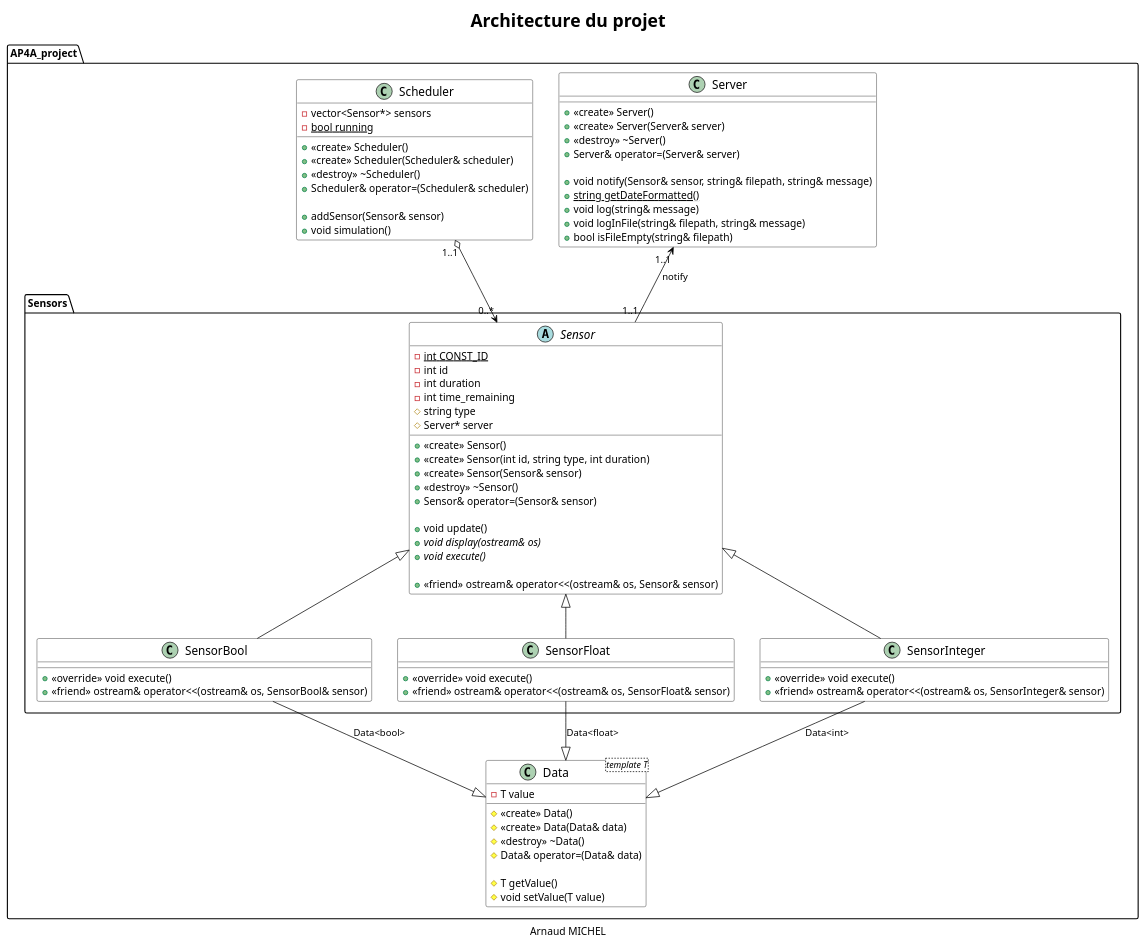
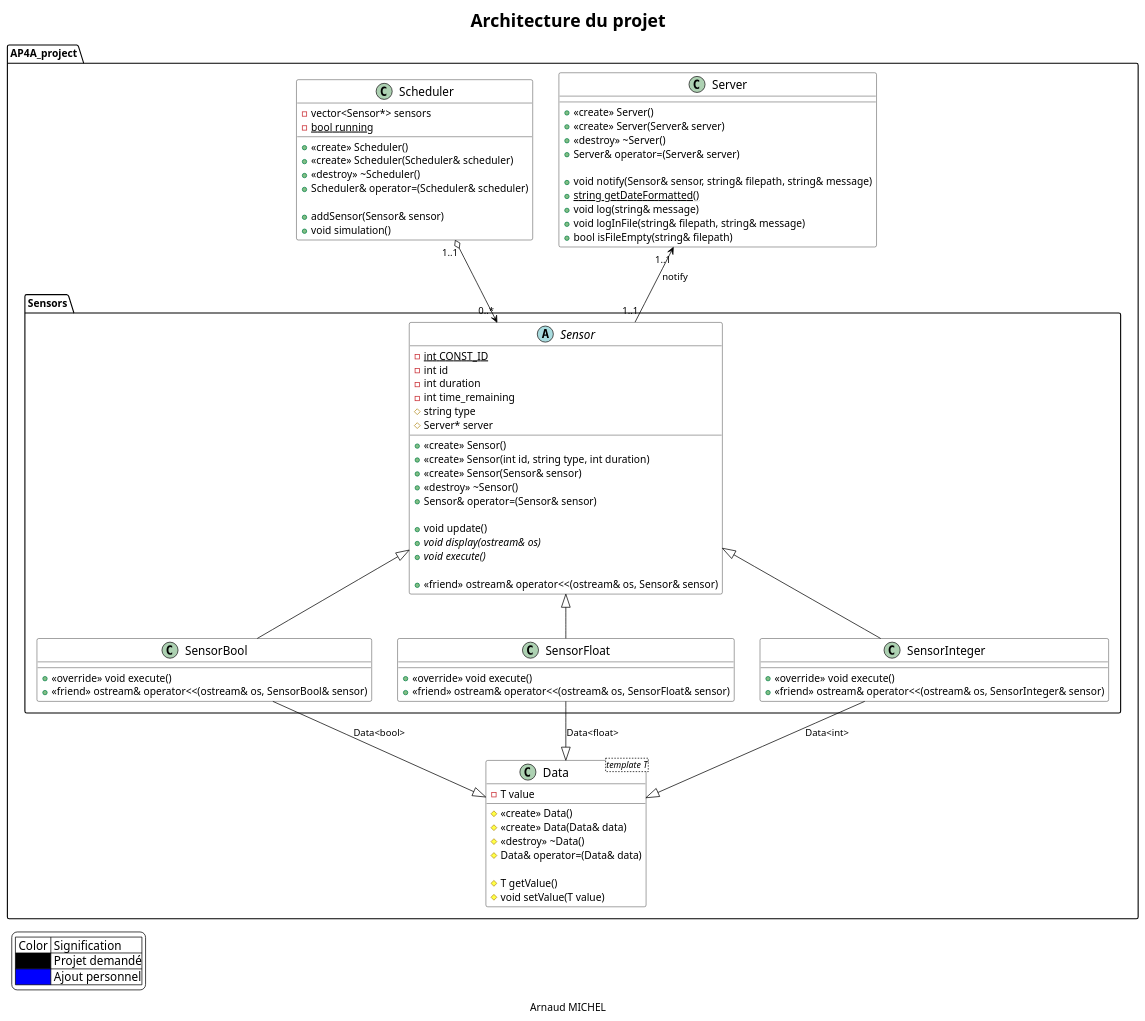
One commit to MrArnaudMichel/AP4A_projet changed the diagram in uml/class-diagram.puml. Above: the diagram before and after it, drawn with PlantUML. The commit also changed other lines of this file and 1 other file, not shown here.

```diff
--- a/uml/class-diagram.puml
+++ b/uml/class-diagram.puml
@@ -1,110 +1,124 @@
 @startuml
 
 skinparam title {
     FontSize 24
 }
 
 skinparam class {
+    BackgroundColor White
+    ArrowColor Black
+    BorderColor Black
+    FontColor Black
+    FontSize 16
+}
+
+skinparam legend {
     BackgroundColor White
     ArrowColor Black
     BorderColor Black
     FontColor Black
     FontSize 16
 }
 
 title Architecture du projet
 
 package AP4A_project{
     class Server{
         + <<create>> Server()
         + <<create>> Server(Server& server)
         + <<destroy>> ~Server()
         + Server& operator=(Server& server)
 
         + void notify(Sensor& sensor, string& filepath, string& message)
         + {static} string getDateFormatted()
         + void log(string& message)
         + void logInFile(string& filepath, string& message)
         + bool isFileEmpty(string& filepath)
     }
 
     class Scheduler{
         - vector<Sensor*> sensors
         - {static} bool running
 
         + <<create>> Scheduler()
         + <<create>> Scheduler(Scheduler& scheduler)
         + <<destroy>> ~Scheduler()
         + Scheduler& operator=(Scheduler& scheduler)
 
         + addSensor(Sensor& sensor)
         + void simulation()
     }
 
     package Sensors{
         abstract class Sensor{
             - {static} int CONST_ID
             - int id
             - int duration
             - int time_remaining
             # string type
             # Server* server
 
 
             + <<create>> Sensor()
             + <<create>> Sensor(int id, string type, int duration)
             + <<create>> Sensor(Sensor& sensor)
             + <<destroy>> ~Sensor()
             + Sensor& operator=(Sensor& sensor)
 
             + void update()
             + {abstract} void display(ostream& os)
             + {abstract} void execute()
 
             + <<friend>> ostream& operator<<(ostream& os, Sensor& sensor)
         }
 
         Server "1..1" <-- "1..1" Sensor: notify
 
         class SensorBool{
             + <<override>> void execute()
             + <<friend>> ostream& operator<<(ostream& os, SensorBool& sensor)
         }
 
         class SensorFloat{
             + <<override>> void execute()
             + <<friend>> ostream& operator<<(ostream& os, SensorFloat& sensor)
         }
 
         class SensorInteger{
             + <<override>> void execute()
             + <<friend>> ostream& operator<<(ostream& os, SensorInteger& sensor)
         }
 
         Sensor <|-- SensorBool
         Sensor <|-- SensorFloat
         Sensor <|-- SensorInteger
 
         Scheduler "1..1" o--> "0..*" Sensor
     }
 
     class Data<template T>{
         - T value
 
         # <<create>> Data()
         # <<create>> Data(Data& data)
         # <<destroy>> ~Data()
         # Data& operator=(Data& data)
 
         # T getValue()
         # void setValue(T value)
     }
 
     SensorBool --|> Data: Data<bool>
     SensorFloat --|> Data: Data<float>
     SensorInteger --|> Data: Data<int>
 }
 
+legend left
+    | Color | Signification|
+    |<#000000>| Projet demandé|
+    |<#0000FF>| Ajout personnel|
+endlegend
+
 caption Arnaud MICHEL
 
 @enduml
```
